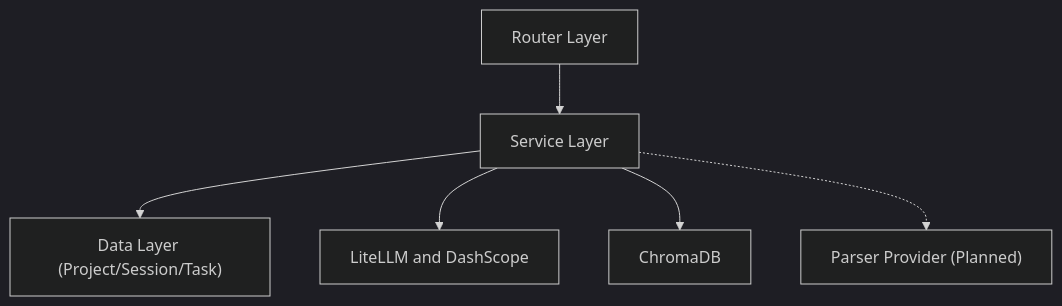
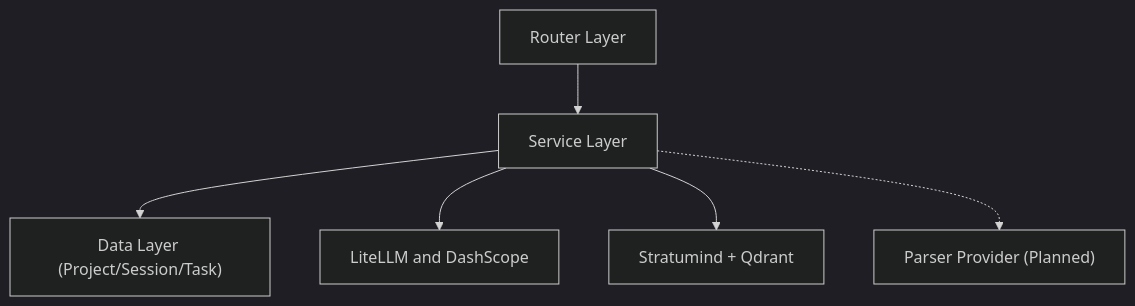
One commit to ln-one/Spectra changed the diagram in docs/architecture/backend/overview.md. Above: the diagram before and after it, drawn with Mermaid (dark theme). The commit also changed other lines of this file and 84 other files, not shown here.

````diff
--- a/docs/architecture/backend/overview.md
+++ b/docs/architecture/backend/overview.md
@@ -68,8 +68,8 @@
 ```mermaid
 flowchart TB
  Router["Router Layer"] --> Service["Service Layer"]
  Service --> Data["Data Layer (Project/Session/Task)"]
  Service --> LLM["LiteLLM and DashScope"]
- Service --> Vector["ChromaDB"]
+ Service --> Vector["Stratumind + Qdrant"]
  Service -.-> Parser["Parser Provider (Planned)"]
 ```
````
